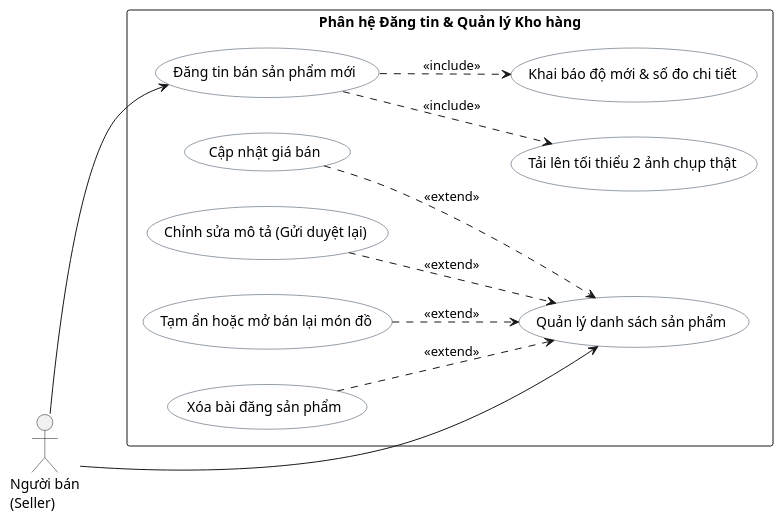
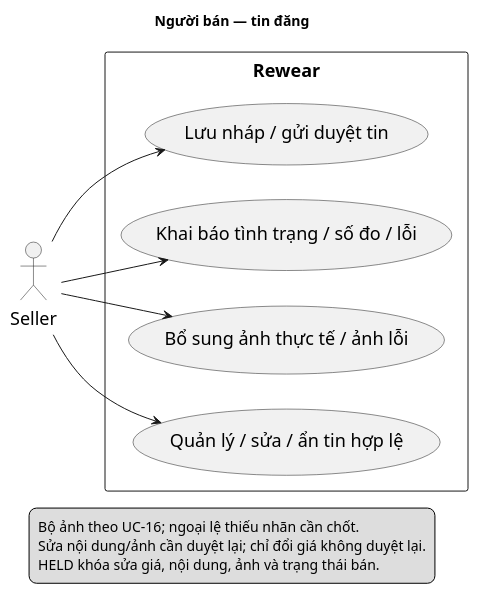
Before and after one commit to buihaiduongdev/rewear-be: the diagram in docs/diagrams/usecases/seller_listing_inventory_usecase.puml, drawn with PlantUML. The commit also changed 34 other files, not shown here.

Commit message:
docs: align business specifications and report diagrams

```diff
--- a/docs/diagrams/usecases/seller_listing_inventory_usecase.puml
+++ b/docs/diagrams/usecases/seller_listing_inventory_usecase.puml
@@ -1,35 +1,24 @@
 @startuml
 left to right direction
 skinparam shadowing false
-skinparam defaultFontName Arial
-
-skinparam usecase {
-  BackgroundColor #FFFFFF
-  BorderColor #2C3E50
+skinparam defaultFontName SansSerif
+skinparam defaultFontSize 18
+skinparam Padding 4
+title Người bán — tin đăng
+actor "Seller" as A
+rectangle "Rewear" {
+usecase "Lưu nháp / gửi duyệt tin" as U0
+usecase "Khai báo tình trạng / số đo / lỗi" as U1
+usecase "Bổ sung ảnh thực tế / ảnh lỗi" as U2
+usecase "Quản lý / sửa / ẩn tin hợp lệ" as U3
 }
-
-actor "Người bán\n(Seller)" as NguoiBan
-
-rectangle "Phân hệ Đăng tin & Quản lý Kho hàng" {
-  usecase "Đăng tin bán sản phẩm mới" as DangTin
-  usecase "Tải lên tối thiểu 2 ảnh chụp thật" as TaiAnhThat
-  usecase "Khai báo độ mới & số đo chi tiết" as KhaiBaoDoMoi
-  
-  usecase "Quản lý danh sách sản phẩm" as QuanLySanPham
-  usecase "Cập nhật giá bán" as SuaGia
-  usecase "Chỉnh sửa mô tả (Gửi duyệt lại)" as SuaTinDuyetLai
-  usecase "Tạm ẩn hoặc mở bán lại món đồ" as AnMoBan
-  usecase "Xóa bài đăng sản phẩm" as XoaTin
-}
-
-NguoiBan --> DangTin
-NguoiBan --> QuanLySanPham
-
-DangTin ..> TaiAnhThat : <<include>>
-DangTin ..> KhaiBaoDoMoi : <<include>>
-
-SuaGia ..> QuanLySanPham : <<extend>>
-SuaTinDuyetLai ..> QuanLySanPham : <<extend>>
-AnMoBan ..> QuanLySanPham : <<extend>>
-XoaTin ..> QuanLySanPham : <<extend>>
+A --> U0
+A --> U1
+A --> U2
+A --> U3
+legend bottom
+Bộ ảnh theo UC-16; ngoại lệ thiếu nhãn cần chốt.
+Sửa nội dung/ảnh cần duyệt lại; chỉ đổi giá không duyệt lại.
+HELD khóa sửa giá, nội dung, ảnh và trạng thái bán.
+endlegend
 @enduml
```
